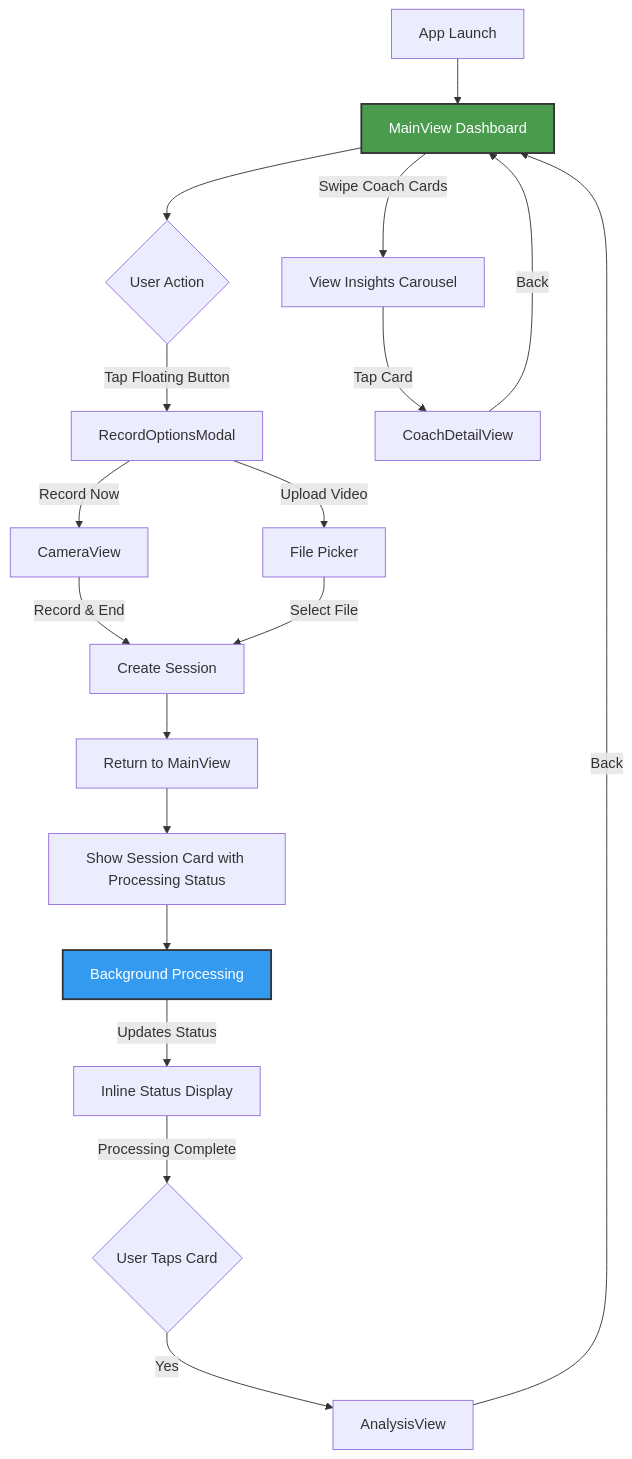
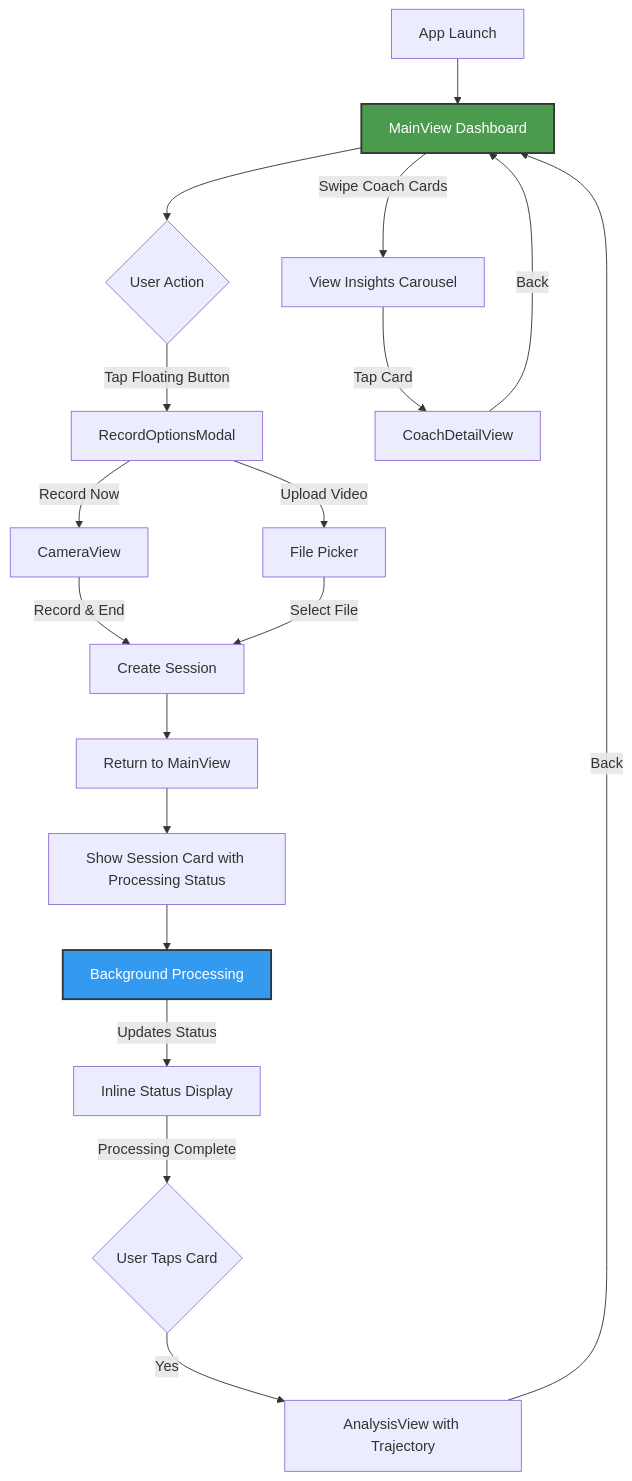
The first of 5 diagrams in docs/0.1 User Flow & UI Screens.md (victorzhrn/swingmaster), drawn with Mermaid before and after one commit. The commit also changed other lines of this file, not shown here.

First line of the commit message:
Update User Flow and UI Screens Documentation

````diff
--- a/docs/0.1 User Flow & UI Screens.md
+++ b/docs/0.1 User Flow & UI Screens.md
@@ -5,28 +5,28 @@
 ```mermaid
 flowchart TD
     A[App Launch] --> B[MainView Dashboard]
     B --> C{User Action}
     
     C -->|Tap Floating Button| D[RecordOptionsModal]
     D -->|Record Now| E[CameraView]
     D -->|Upload Video| F[File Picker]
     
     E -->|Record & End| G[Create Session]
     F -->|Select File| G
     
     G --> H[Return to MainView]
     H --> I[Show Session Card with Processing Status]
     I --> J[Background Processing]
     
     J -->|Updates Status| K[Inline Status Display]
     K -->|Processing Complete| L{User Taps Card}
-    L -->|Yes| M[AnalysisView]
+    L -->|Yes| M[AnalysisView with Trajectory]
     M -->|Back| B
     
     B -->|Swipe Coach Cards| N[View Insights Carousel]
     N -->|Tap Card| O[CoachDetailView]
     O -->|Back| B
     
     style B fill:#4A9B4E,stroke:#333,stroke-width:2px,color:#fff
     style J fill:#339af0,stroke:#333,stroke-width:2px,color:#fff
 ```
````
